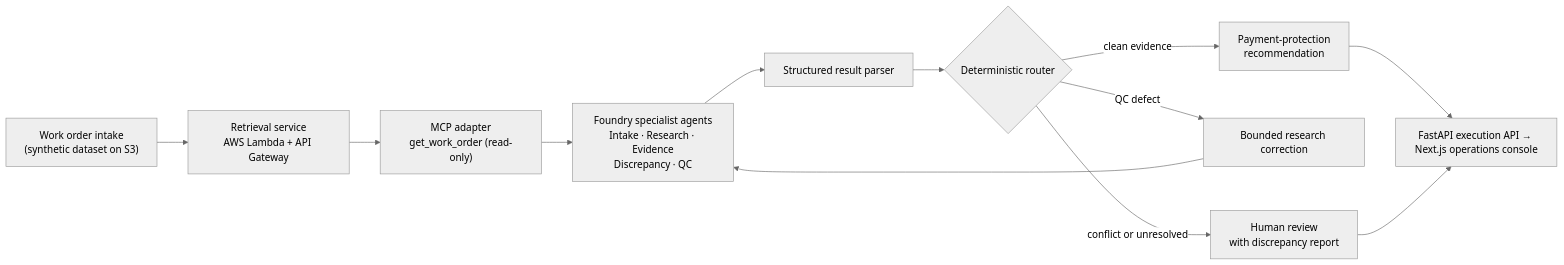
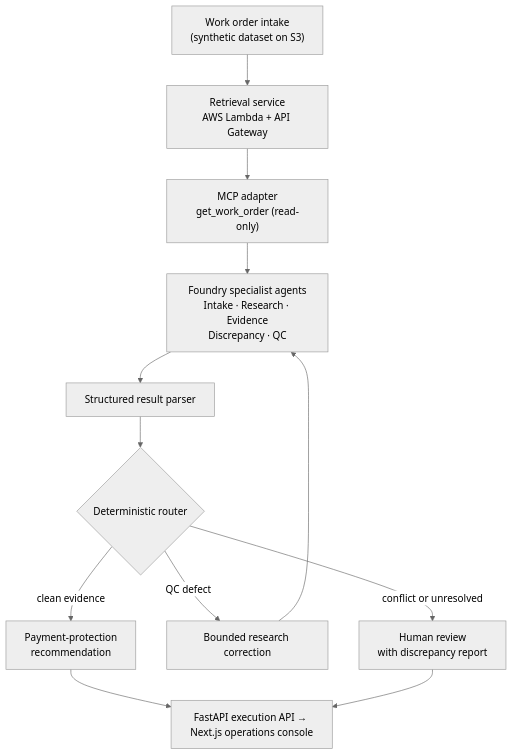
One commit to gopalgk53/construction-legal-ai-suite changed the diagram in README.md. Above: the diagram before and after it, drawn with Mermaid (neutral theme).

Commit message:
Lay out the architecture diagram top to bottom for readability

````diff
--- a/README.md
+++ b/README.md
@@ -55,14 +55,14 @@
 ```mermaid
-flowchart LR
+flowchart TB
     A["Work order intake<br/>(synthetic dataset on S3)"] --> B["Retrieval service<br/>AWS Lambda + API Gateway"]
     B --> C["MCP adapter<br/>get_work_order (read-only)"]
     C --> D["Foundry specialist agents<br/>Intake · Research · Evidence<br/>Discrepancy · QC"]
     D --> E["Structured result parser"]
     E --> F{"Deterministic router"}
     F -->|"clean evidence"| G["Payment-protection<br/>recommendation"]
     F -->|"QC defect"| H["Bounded research correction"]
     H --> D
     F -->|"conflict or unresolved"| I["Human review<br/>with discrepancy report"]
     G --> J["FastAPI execution API → Next.js operations console"]
     I --> J
 ```
````
